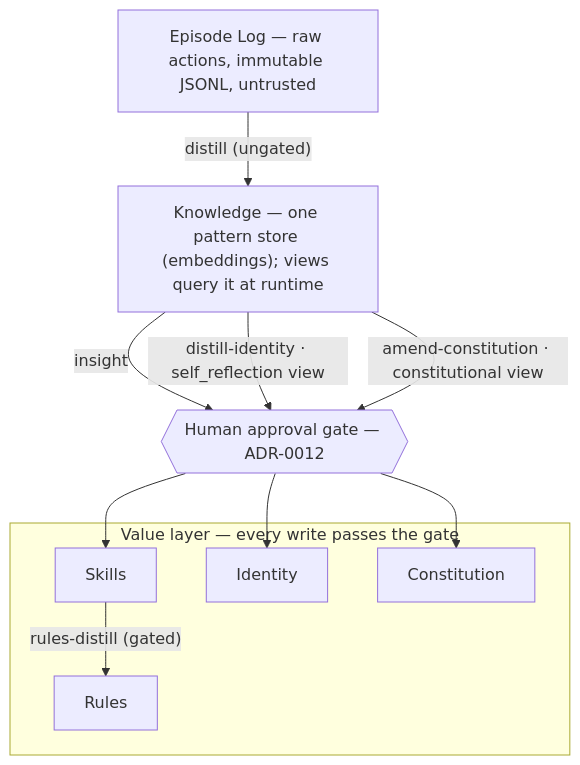
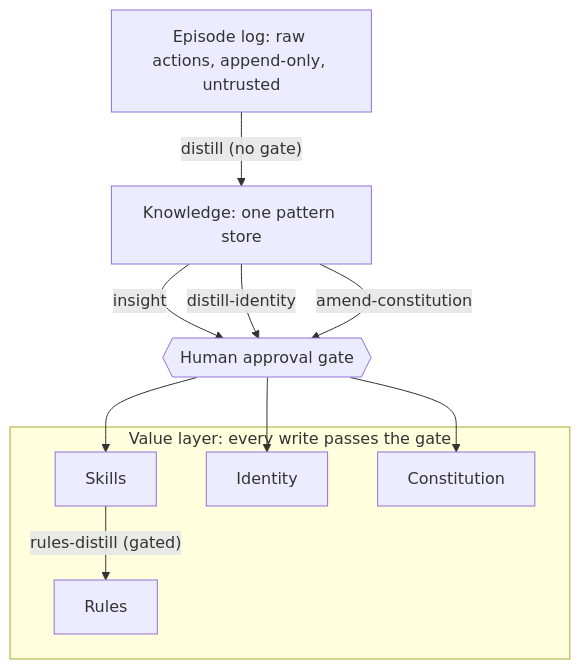
The diagram in README.md (shimo4228/contemplative-agent), drawn with Mermaid before and after one commit. The commit also changed other lines of this file and 3 other files, not shown here.

````diff
--- a/README.md
+++ b/README.md
@@ -46,18 +46,18 @@
 ```mermaid
 graph TD
-    EL["Episode Log — raw actions, immutable JSONL, untrusted"]
-    K["Knowledge — one pattern store (embeddings); views query it at runtime"]
-    G{{"Human approval gate — ADR-0012"}}
-    EL -->|"distill (ungated)"| K
+    EL["Episode log: raw actions, append-only, untrusted"]
+    K["Knowledge: one pattern store"]
+    G{{"Human approval gate"}}
+    EL -->|"distill (no gate)"| K
     K -->|insight| G
-    K -->|"distill-identity · self_reflection view"| G
-    K -->|"amend-constitution · constitutional view"| G
-    subgraph VL["Value layer — every write passes the gate"]
+    K -->|distill-identity| G
+    K -->|amend-constitution| G
+    subgraph VL["Value layer: every write passes the gate"]
         Skills -->|"rules-distill (gated)"| Rules
         Identity
         Constitution
     end
     G --> Skills
     G --> Identity
     G --> Constitution
 ```
````
